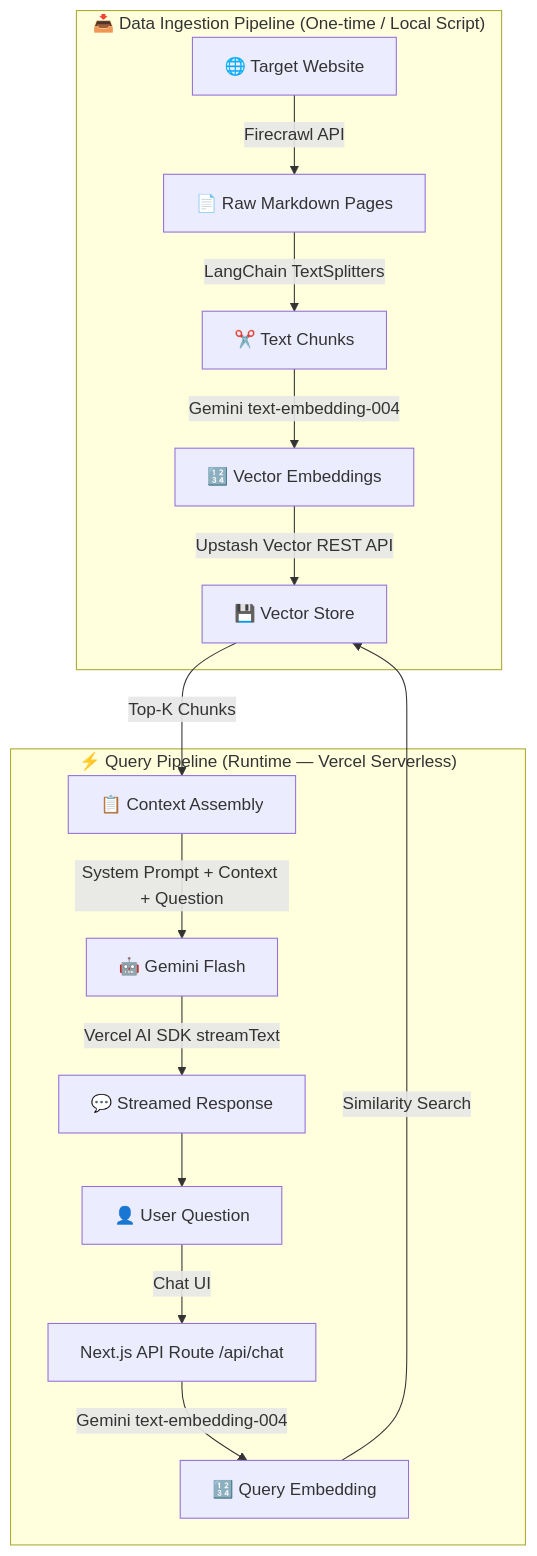
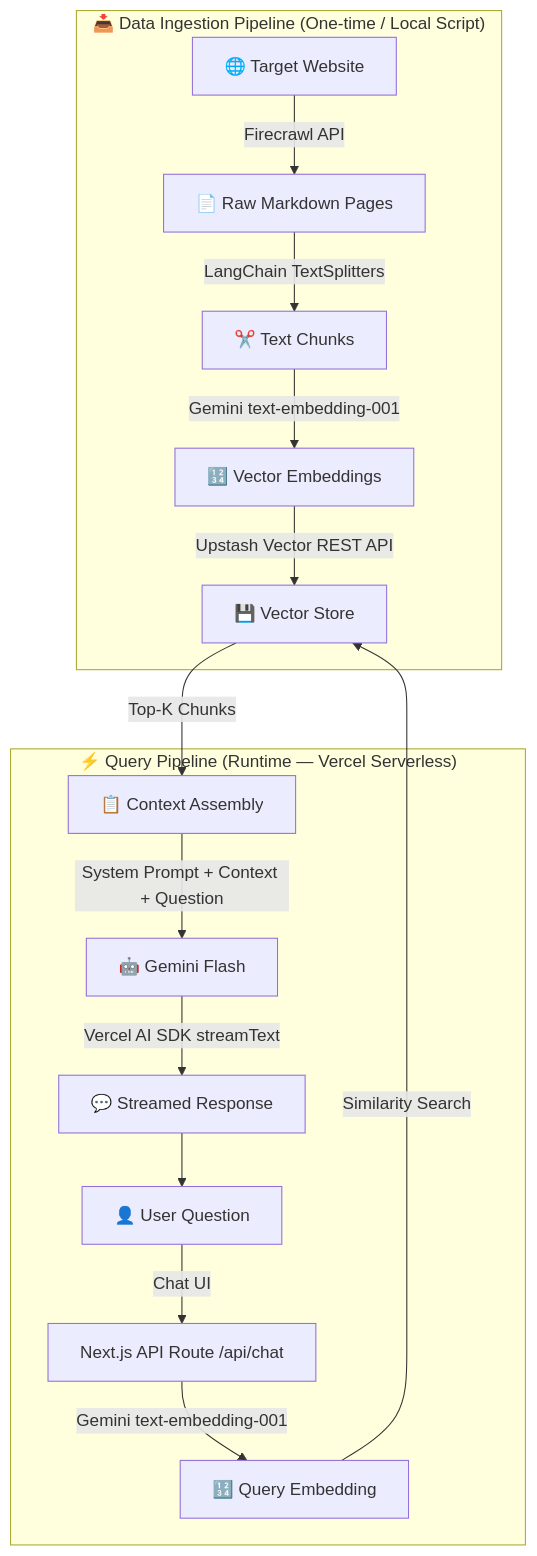
Before and after one commit to harisankarsony/rag-chatbot: the first of 4 diagrams in README.md, drawn with Mermaid. The commit also changed other lines of this file and 5 other files, not shown here.

````diff
--- a/README.md
+++ b/README.md
@@ -11,19 +11,19 @@
 ```mermaid
 flowchart TD
     subgraph Ingestion["📥 Data Ingestion Pipeline (One-time / Local Script)"]
         A["🌐 Target Website"] -->|Firecrawl API| B["📄 Raw Markdown Pages"]
         B -->|LangChain TextSplitters| C["✂️ Text Chunks"]
-        C -->|Gemini text-embedding-004| D["🔢 Vector Embeddings"]
+        C -->|Gemini text-embedding-001| D["🔢 Vector Embeddings"]
         D -->|Upstash Vector REST API| E["💾 Vector Store"]
     end
 
     subgraph Runtime["⚡ Query Pipeline (Runtime — Vercel Serverless)"]
         F["👤 User Question"] -->|Chat UI| G["Next.js API Route /api/chat"]
-        G -->|Gemini text-embedding-004| H["🔢 Query Embedding"]
+        G -->|Gemini text-embedding-001| H["🔢 Query Embedding"]
         H -->|Similarity Search| E
         E -->|Top-K Chunks| I["📋 Context Assembly"]
         I -->|System Prompt + Context + Question| J["🤖 Gemini Flash"]
         J -->|Vercel AI SDK streamText| K["💬 Streamed Response"]
         K --> F
     end
 ```
````
